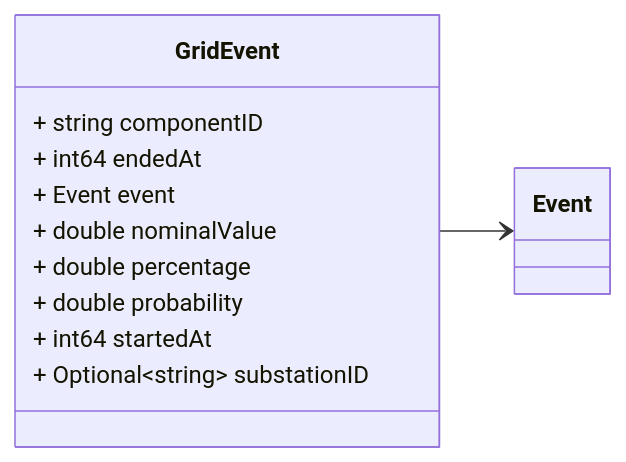
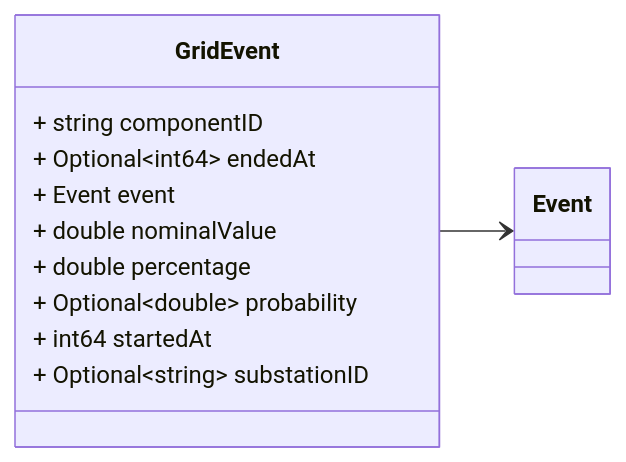
One commit to zaphiro-technologies/protobuf changed the first of 17 diagrams in docs/grid_event.proto.md. Above: the diagram before and after it, drawn with Mermaid. The commit also changed other lines of this file and 1 other file, not shown here.

Commit message:
Buf re-generated protos

````diff
--- a/docs/grid_event.proto.md
+++ b/docs/grid_event.proto.md
@@ -28,25 +28,25 @@
 ```mermaid
 classDiagram
 direction LR
 
 %% A grid event.
 %% Headers used in rabbitMQ (only if not sent as part of `DataSet`):
 %% * `id`: id of the `Event`
 %% * `type`: always `Event`
 %% * `sourceId`: the id of the source (e.g. a PMU) that generated the event.
 %% * `timestampId`: related measurement Unix msec timestamp (if any)
 %% 
 
 class GridEvent {
   + string componentID
-  + int64 endedAt
+  + Optional~int64~ endedAt
   + Event event
   + double nominalValue
   + double percentage
-  + double probability
+  + Optional~double~ probability
   + int64 startedAt
   + Optional~string~ substationID
 }
 GridEvent --> `Event`
 
 ```
````
